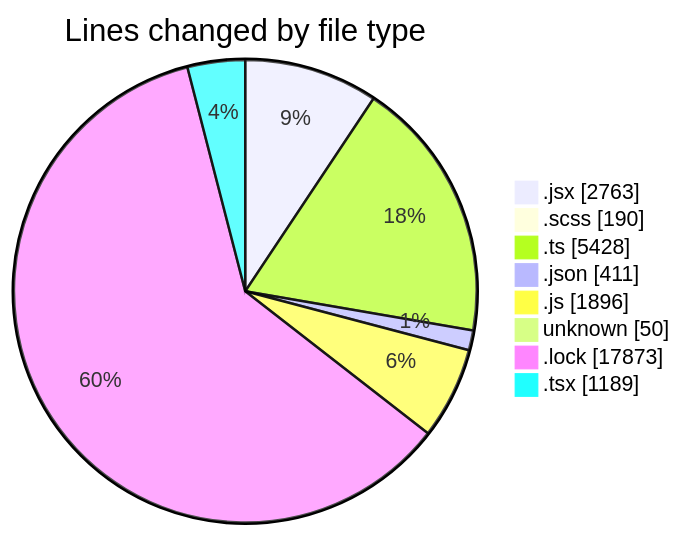
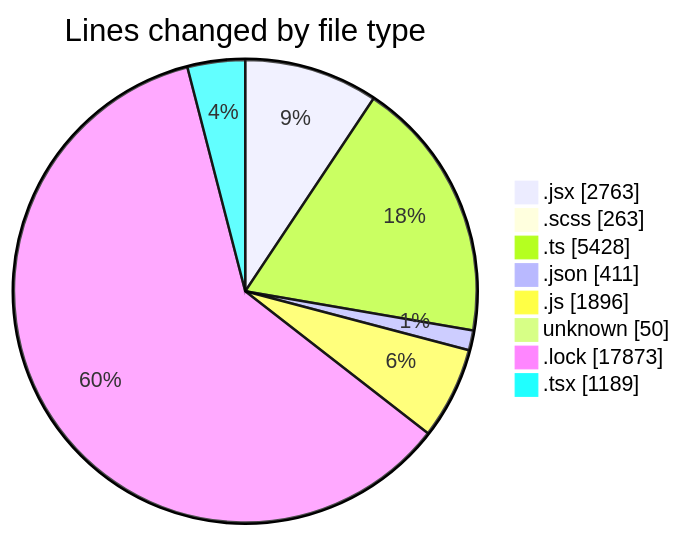
Before and after one commit to momahboobian/code-tracking: the first of 2 diagrams in 2026-09-01/cda/README.md, drawn with Mermaid. The commit also changed other lines of this file and 1 other file, not shown here.

````diff
--- a/2026-09-01/cda/README.md
+++ b/2026-09-01/cda/README.md
@@ -77,12 +77,12 @@
 ```mermaid
 pie showData
 title Lines changed by file type
 ".jsx" : 2763
-".scss" : 190
+".scss" : 263
 ".ts" : 5428
 ".json" : 411
 ".js" : 1896
 "unknown" : 50
 ".lock" : 17873
 ".tsx" : 1189
 ```
````
